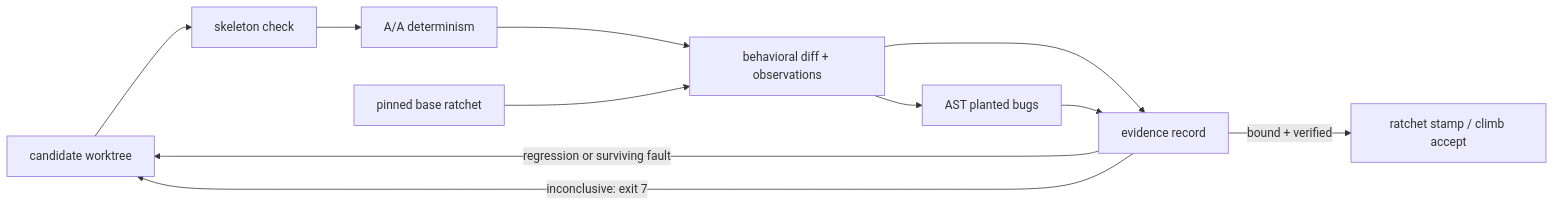
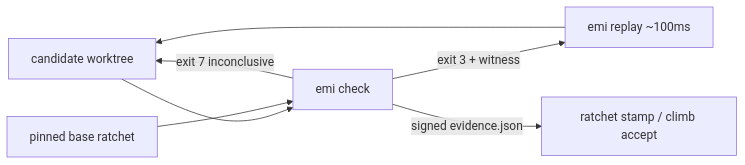
One commit to andrejksi/emiv2 changed the diagram in README.md. Above: the diagram before and after it, drawn with Mermaid. The commit also changed other lines of this file and 8 other files, not shown here.

Commit message:
agentic-first check/replay, signed evidence, rule-safe shrinking, fork driver, real binary e2e sim

````diff
--- a/README.md
+++ b/README.md
@@ -20,13 +20,9 @@
 ```mermaid
 flowchart LR
-    A[candidate worktree] --> S[skeleton check]
-    S --> AA[A/A determinism]
-    AA --> D[behavioral diff + observations]
-    R[pinned base ratchet] --> D
-    D --> E[evidence record]
-    D --> V[AST planted bugs]
-    V --> E
-    E -->|regression or surviving fault| A
-    E -->|inconclusive: exit 7| A
-    E -->|bound + verified| M[ratchet stamp / climb accept]
+    A[candidate worktree] --> C[emi check]
+    R[pinned base ratchet] --> C
+    C -->|exit 3 + witness| RP[emi replay ~100ms]
+    RP --> A
+    C -->|exit 7 inconclusive| A
+    C -->|signed evidence.json| M[ratchet stamp / climb accept]
 ```
````
